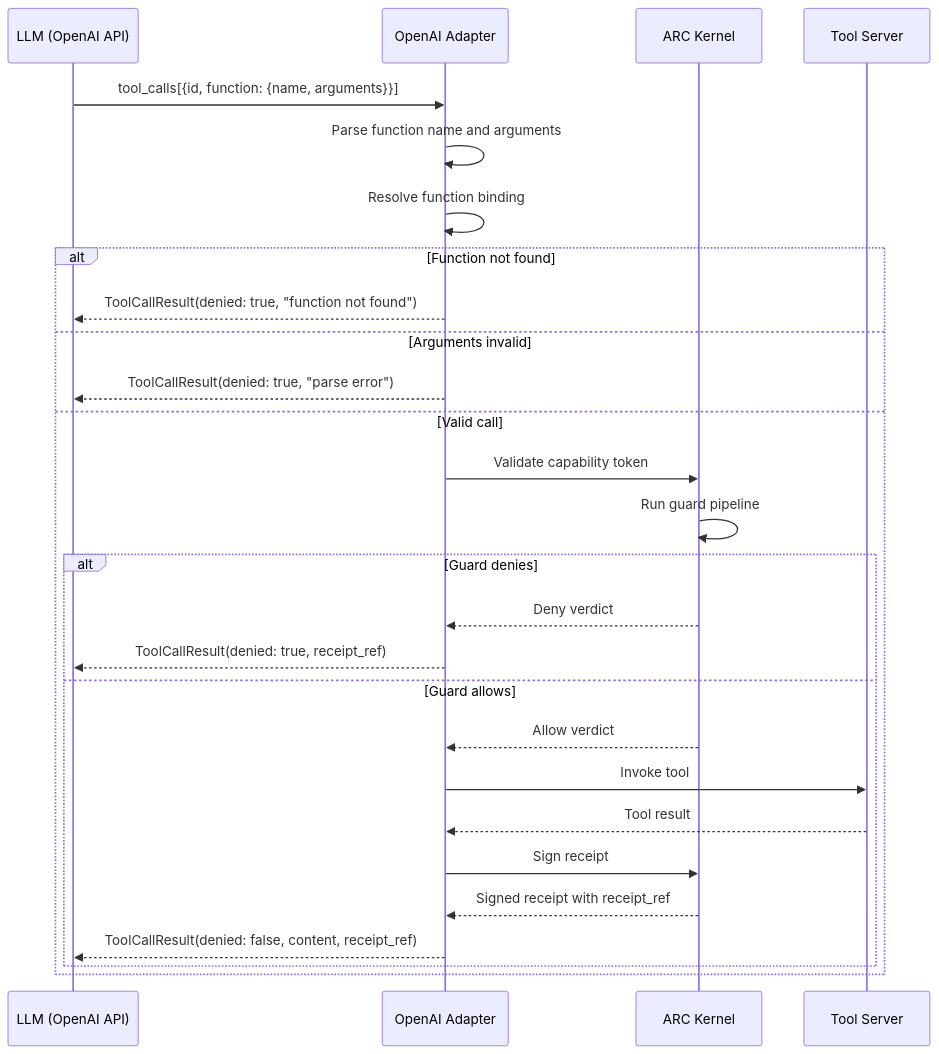
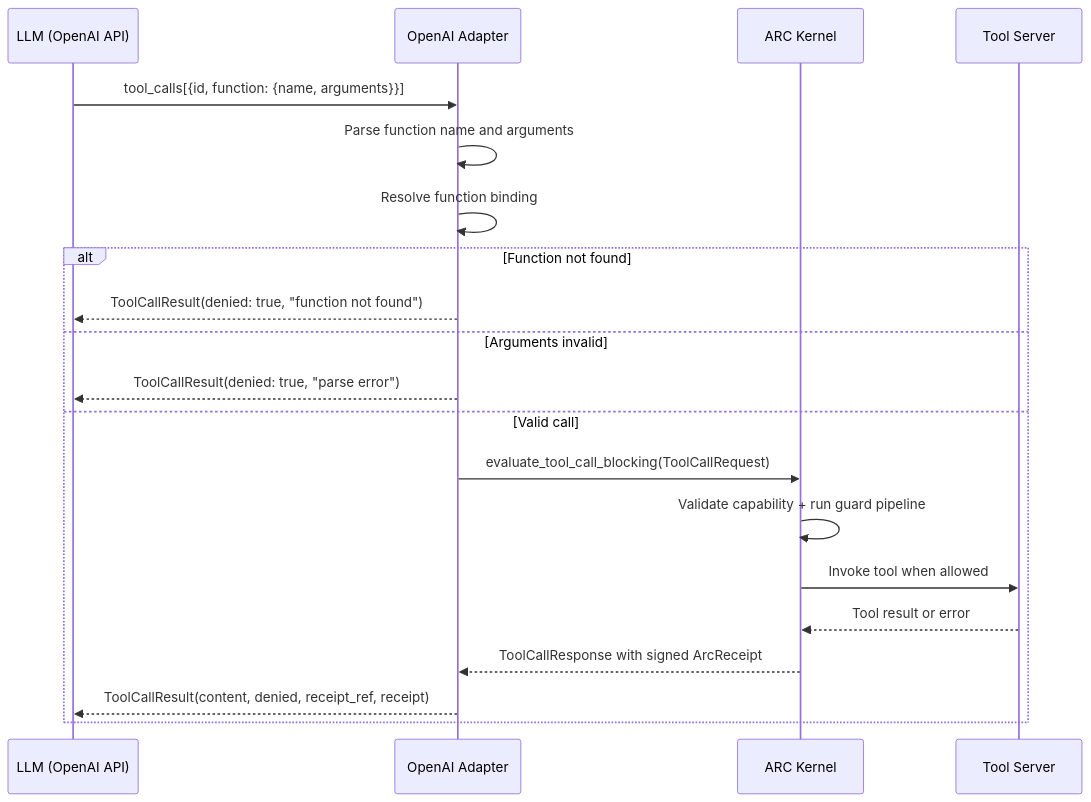
Before and after one commit to bb-connor/arc: the fourth of 4 diagrams in spec/BRIDGES.md, drawn with Mermaid. The commit also changed other lines of this file and 1830 other files, not shown here.

````diff
--- a/spec/BRIDGES.md
+++ b/spec/BRIDGES.md
@@ -439,30 +477,23 @@
 ```mermaid
 sequenceDiagram
     participant LLM as LLM (OpenAI API)
     participant A as OpenAI Adapter
     participant K as ARC Kernel
     participant T as Tool Server
 
     LLM->>A: tool_calls[{id, function: {name, arguments}}]
     A->>A: Parse function name and arguments
     A->>A: Resolve function binding
     alt Function not found
         A-->>LLM: ToolCallResult(denied: true, "function not found")
     else Arguments invalid
         A-->>LLM: ToolCallResult(denied: true, "parse error")
     else Valid call
-        A->>K: Validate capability token
-        K->>K: Run guard pipeline
-        alt Guard denies
-            K-->>A: Deny verdict
-            A-->>LLM: ToolCallResult(denied: true, receipt_ref)
-        else Guard allows
-            K-->>A: Allow verdict
-            A->>T: Invoke tool
-            T-->>A: Tool result
-            A->>K: Sign receipt
-            K-->>A: Signed receipt with receipt_ref
-            A-->>LLM: ToolCallResult(denied: false, content, receipt_ref)
-        end
+        A->>K: evaluate_tool_call_blocking(ToolCallRequest)
+        K->>K: Validate capability + run guard pipeline
+        K->>T: Invoke tool when allowed
+        T-->>K: Tool result or error
+        K-->>A: ToolCallResponse with signed ArcReceipt
+        A-->>LLM: ToolCallResult(content, denied, receipt_ref, receipt)
     end
 ```
````
